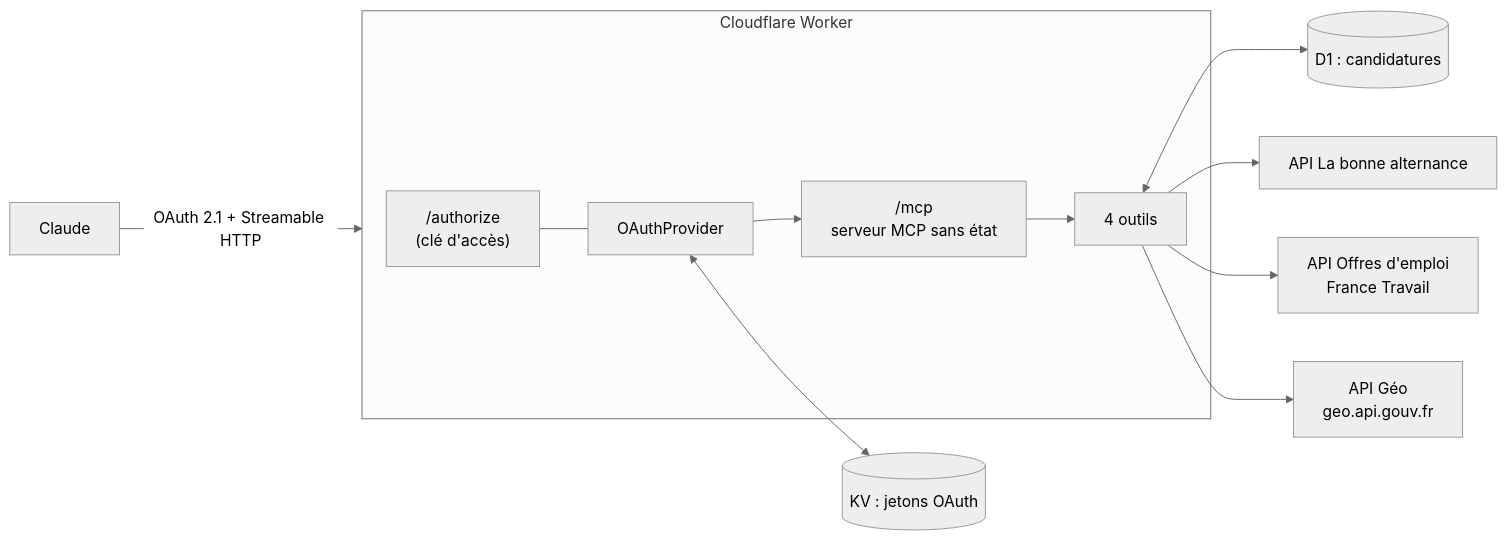
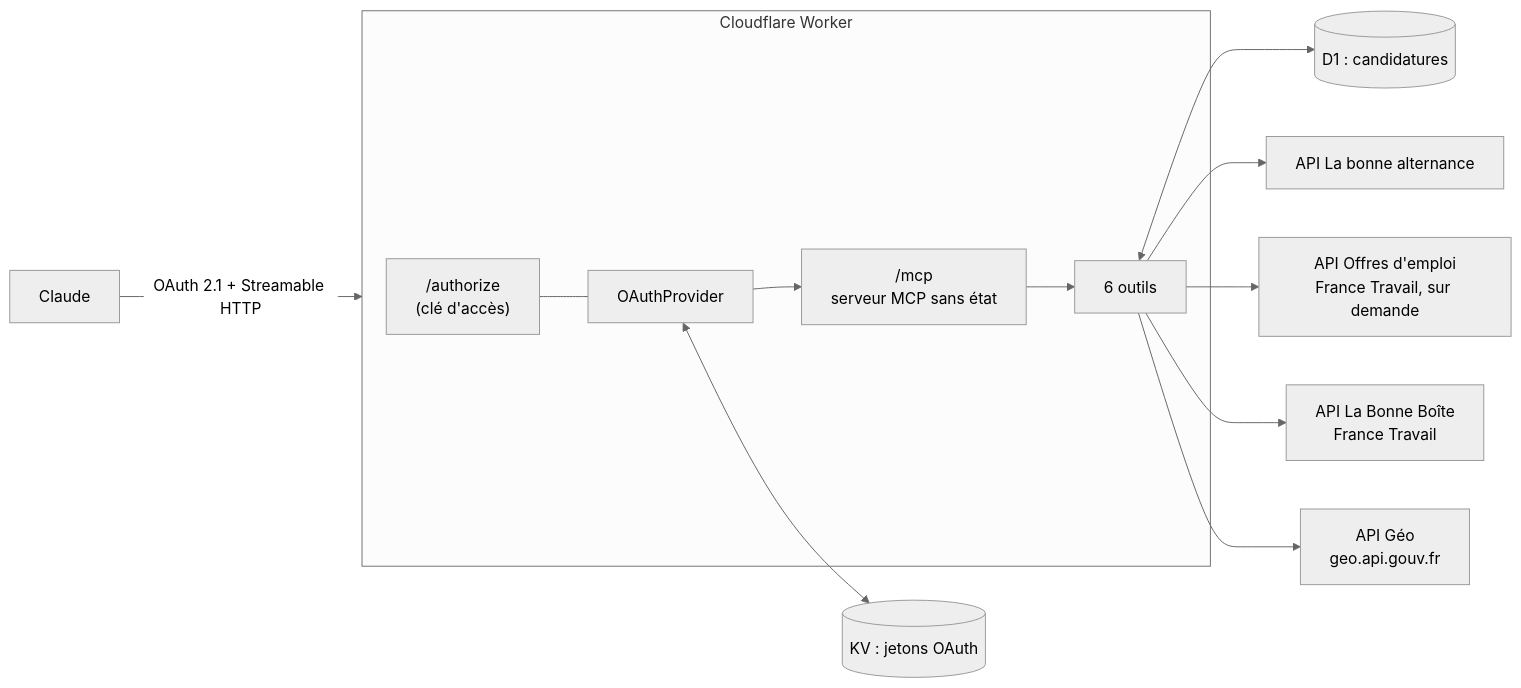
Before and after one commit to LDGKM/mcp-alternance: the diagram in README.md, drawn with Mermaid (neutral theme). The commit also changed other lines of this file and 21 other files, not shown here.

Commit message:
La Bonne Boîte, score, veille quotidienne et brouillons

````diff
--- a/README.md
+++ b/README.md
@@ -27,14 +35,15 @@
 ```mermaid
 flowchart LR
   C[Claude] -- "OAuth 2.1 + Streamable HTTP" --> W
   subgraph W[Cloudflare Worker]
     A["/authorize<br/>(clé d'accès)"] --- P[OAuthProvider]
     P --> M["/mcp<br/>serveur MCP sans état"]
-    M --> O[4 outils]
+    M --> O[6 outils]
   end
   P <--> KV[(KV : jetons OAuth)]
   O <--> D1[(D1 : candidatures)]
   O --> LBA[API La bonne alternance]
-  O --> FT[API Offres d'emploi<br/>France Travail]
+  O --> FT[API Offres d'emploi<br/>France Travail, sur demande]
+  O --> LBB[API La Bonne Boîte<br/>France Travail]
   O --> G[API Géo<br/>geo.api.gouv.fr]
 ```
````
